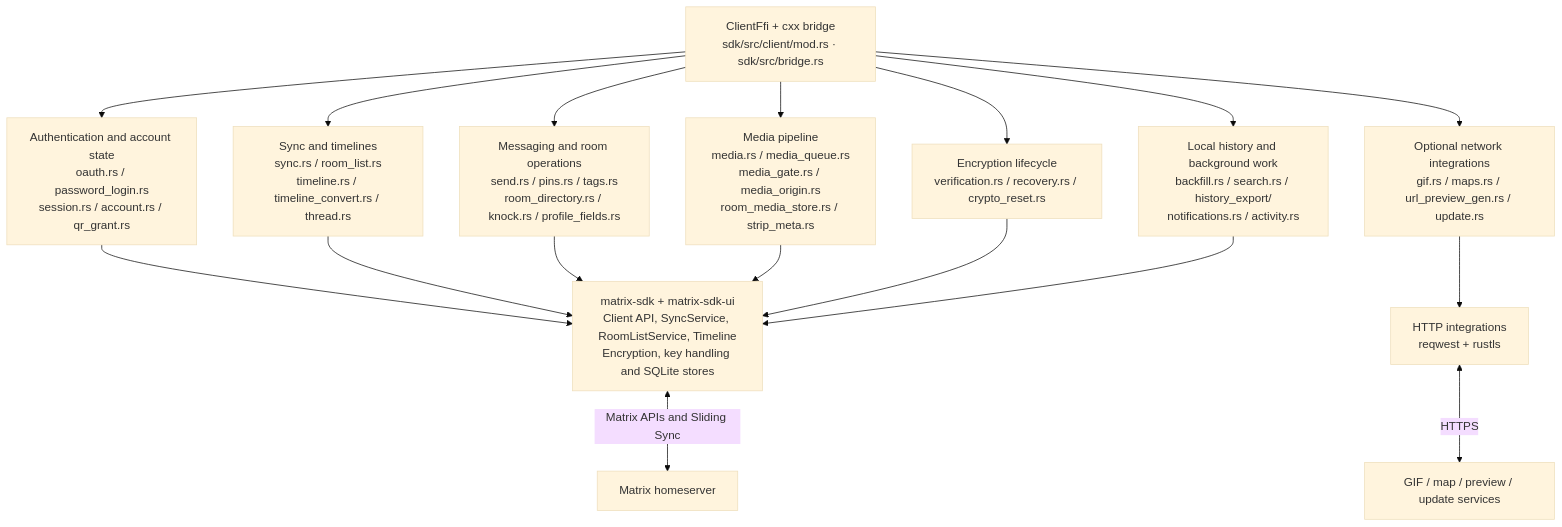
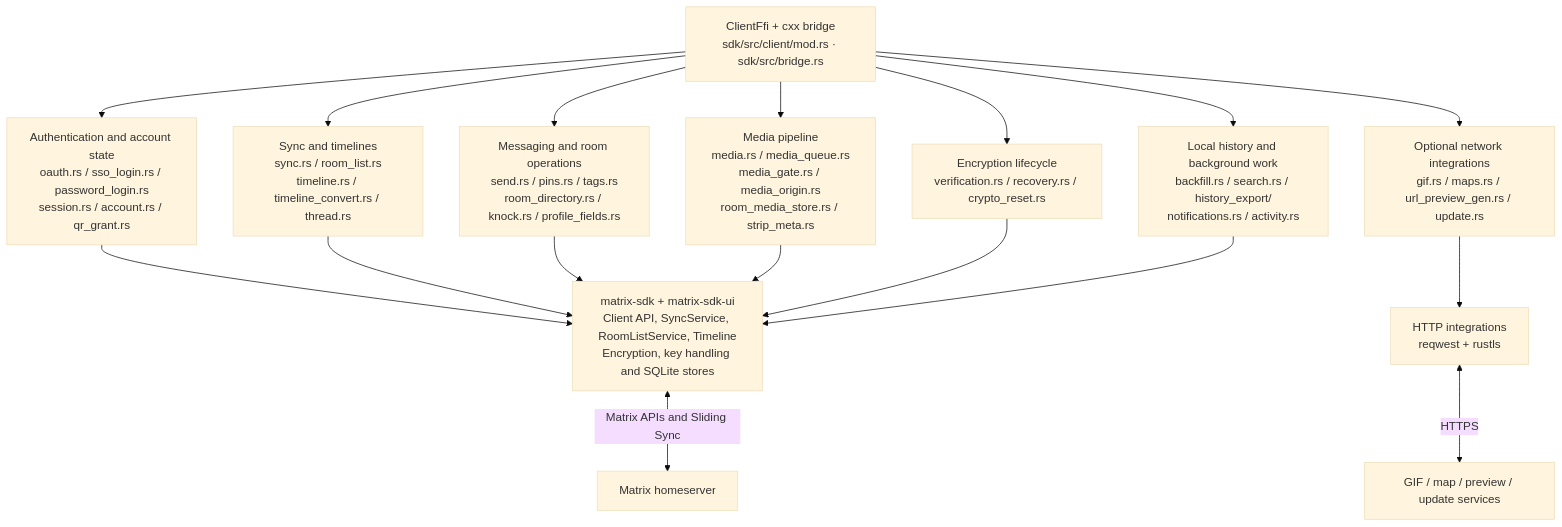
Before and after one commit to surakin/tesseract: the third of 7 diagrams in ARCHITECTURE.md, drawn with Mermaid (base theme). The commit also changed other lines of this file and 2 other files, not shown here.

Commit message:
deploy: d0a11f9c491621976918c7cfeb56d3b663bfa312

````diff
--- a/ARCHITECTURE.md
+++ b/ARCHITECTURE.md
@@ -141,32 +141,32 @@
 ```mermaid
 flowchart TB
     entry["ClientFfi + cxx bridge<br/>sdk/src/client/mod.rs · sdk/src/bridge.rs"]
-    authsvc["Authentication and account state<br/>oauth.rs / password_login.rs<br/>session.rs / account.rs / qr_grant.rs"]
+    authsvc["Authentication and account state<br/>oauth.rs / sso_login.rs / password_login.rs<br/>session.rs / account.rs / qr_grant.rs"]
     syncsvc["Sync and timelines<br/>sync.rs / room_list.rs<br/>timeline.rs / timeline_convert.rs / thread.rs"]
     messages["Messaging and room operations<br/>send.rs / pins.rs / tags.rs<br/>room_directory.rs / knock.rs / profile_fields.rs"]
     mediasvc["Media pipeline<br/>media.rs / media_queue.rs<br/>media_gate.rs / media_origin.rs<br/>room_media_store.rs / strip_meta.rs"]
     cryptosvc["Encryption lifecycle<br/>verification.rs / recovery.rs / crypto_reset.rs"]
     history["Local history and background work<br/>backfill.rs / search.rs / history_export/<br/>notifications.rs / activity.rs"]
     extras["Optional network integrations<br/>gif.rs / maps.rs / url_preview_gen.rs / update.rs"]
     upstream["matrix-sdk + matrix-sdk-ui<br/>Client API, SyncService, RoomListService, Timeline<br/>Encryption, key handling and SQLite stores"]
     http["HTTP integrations<br/>reqwest + rustls"]
     server["Matrix homeserver"]
     services["GIF / map / preview / update services"]
 
     entry --> authsvc
     entry --> syncsvc
     entry --> messages
     entry --> mediasvc
     entry --> cryptosvc
     entry --> history
     entry --> extras
     authsvc --> upstream
     syncsvc --> upstream
     messages --> upstream
     mediasvc --> upstream
     cryptosvc --> upstream
     history --> upstream
     extras --> http
     upstream <-->|Matrix APIs and Sliding Sync| server
     http <-->|HTTPS| services
 ```
````
